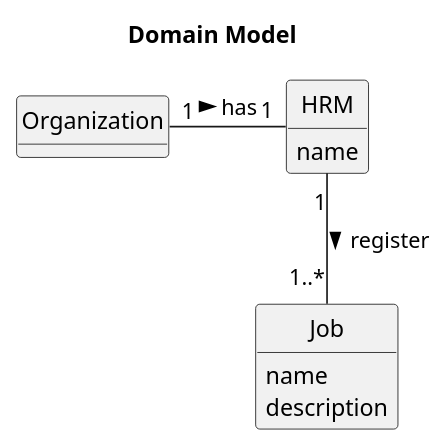
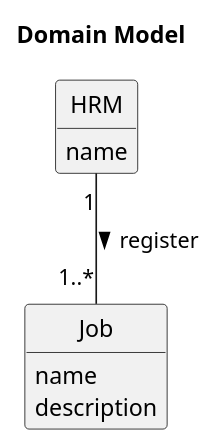
The diagram in docs/sprintA&B/us002/02.analysis/puml/us002-domain-model.puml (daniel41silva05/ISEP_2023_2024_LAPR2), drawn with PlantUML before and after one commit. The commit also changed 5 other files, not shown here.

```diff
--- a/docs/sprintA&B/us002/02.analysis/puml/us002-domain-model.puml
+++ b/docs/sprintA&B/us002/02.analysis/puml/us002-domain-model.puml
@@ -1,35 +1,35 @@
 @startuml
 skinparam monochrome true
 skinparam packageStyle rectangle
 skinparam shadowing false
 
 'left to right direction
 
 skinparam classAttributeIconSize 0
 
 hide circle
 
 hide methods
 
 title Domain Model
 
-class Organization {
-
-}
+'class Organization {
+'
+'}
 
 class Job {
     name
     description
 
 }
 
 class HRM {
     name
 
 }
 
 
-Organization "1" - "1" HRM: has >
+'Organization "1" - "1" HRM: has >
 HRM "1" -- "1..*" Job : register   >
 
 @enduml
```
